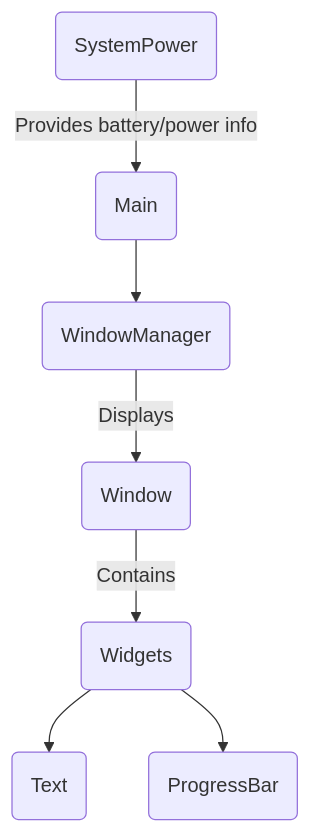
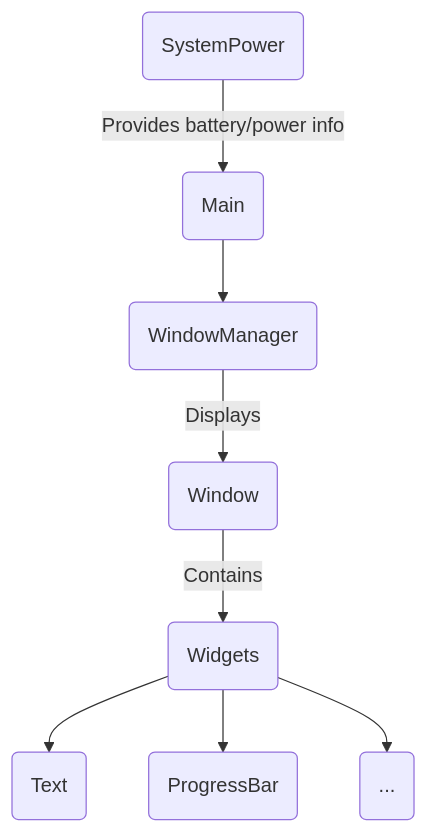
Before and after one commit to wawannbe/StickOS: the diagram in README.md, drawn with Mermaid.

````diff
--- a/README.md
+++ b/README.md
@@ -52,21 +52,23 @@
 ```mermaid
 flowchart TD
 
   M(Main)
 
     W(WindowManager)
       Win(Window)
         Wid(Widgets)
           Txt(Text)
           PB(ProgressBar)
+          Misc(...)
 
     P(SystemPower)
 
   M --> W
   P --> |Provides battery/power info| M
 
   W --> |Displays| Win
     Win --> |Contains| Wid
       Wid --> Txt
       Wid --> PB
+      Wid --> Misc
 ```
````
